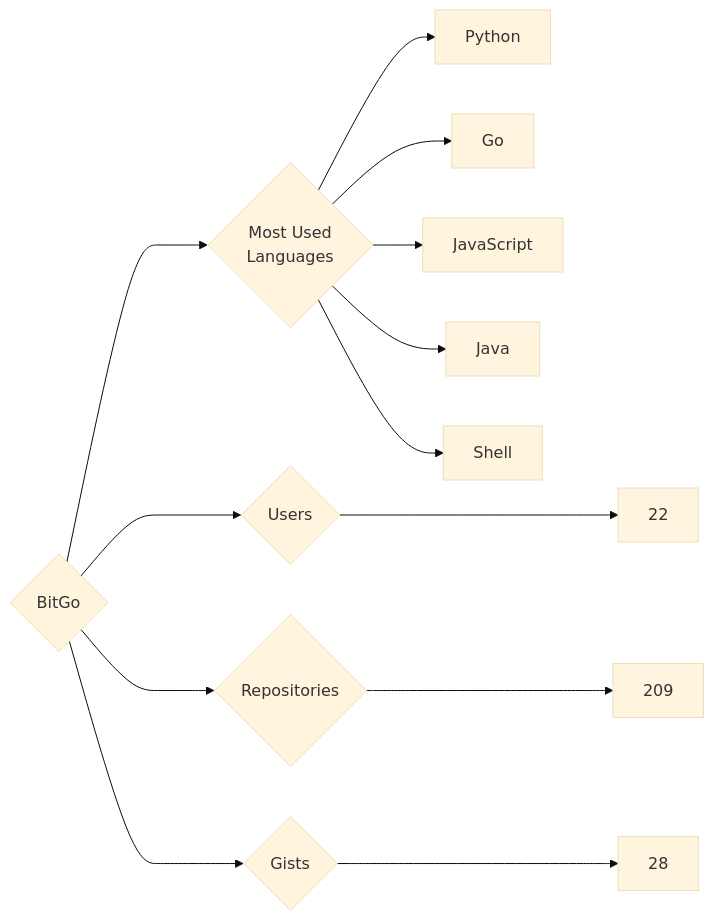
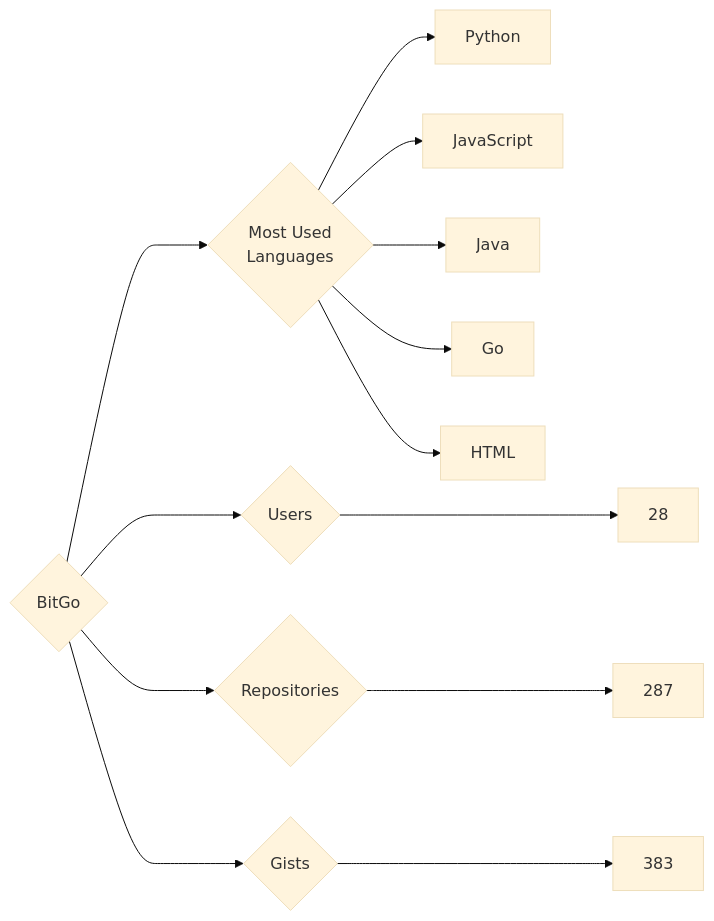
The diagram in targets/BitGo/README.md (trickest/insiders), drawn with Mermaid (base theme) before and after one commit. The commit also changed 873 other files, not shown here.

````diff
--- a/targets/BitGo/README.md
+++ b/targets/BitGo/README.md
@@ -3,13 +3,13 @@
 ```mermaid
 graph LR
 COMPANY_NAME{BitGo}
-COMPANY_NAME ---> U{Users} ---> UN[22]
-COMPANY_NAME ---> R{Repositories} ---> RN[209]
-COMPANY_NAME ---> G{Gists} ---> GN[28]
+COMPANY_NAME ---> U{Users} ---> UN[28]
+COMPANY_NAME ---> R{Repositories} ---> RN[287]
+COMPANY_NAME ---> G{Gists} ---> GN[383]
 COMPANY_NAME ---> ML{Most Used<br>Languages}
 ML --> Python[Python]
-ML --> Go[Go]
 ML --> JavaScript[JavaScript]
 ML --> Java[Java]
-ML --> Shell[Shell]
+ML --> Go[Go]
+ML --> HTML[HTML]
 ```
````
